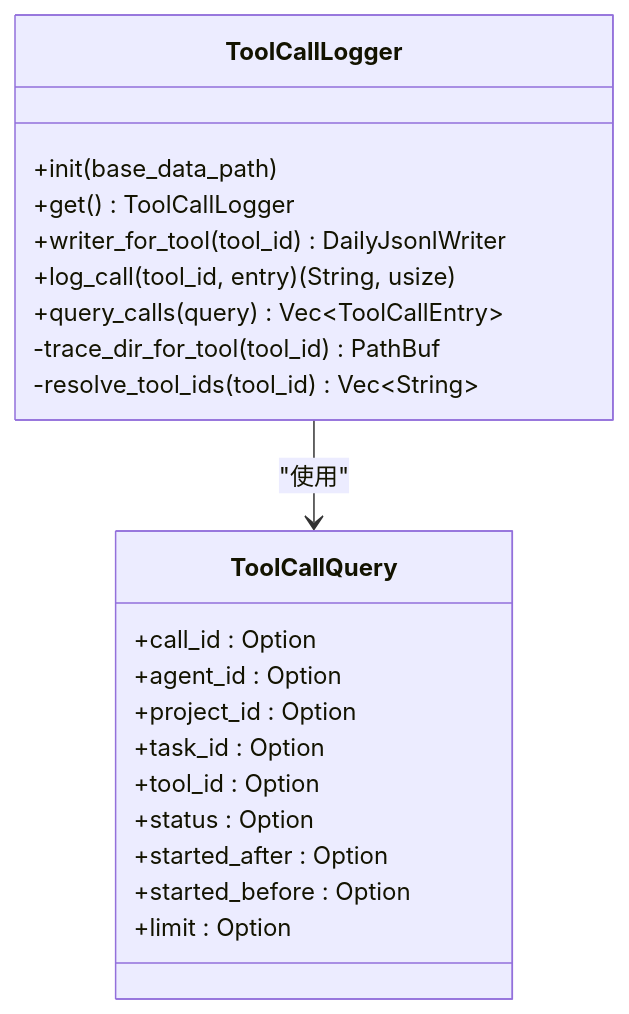
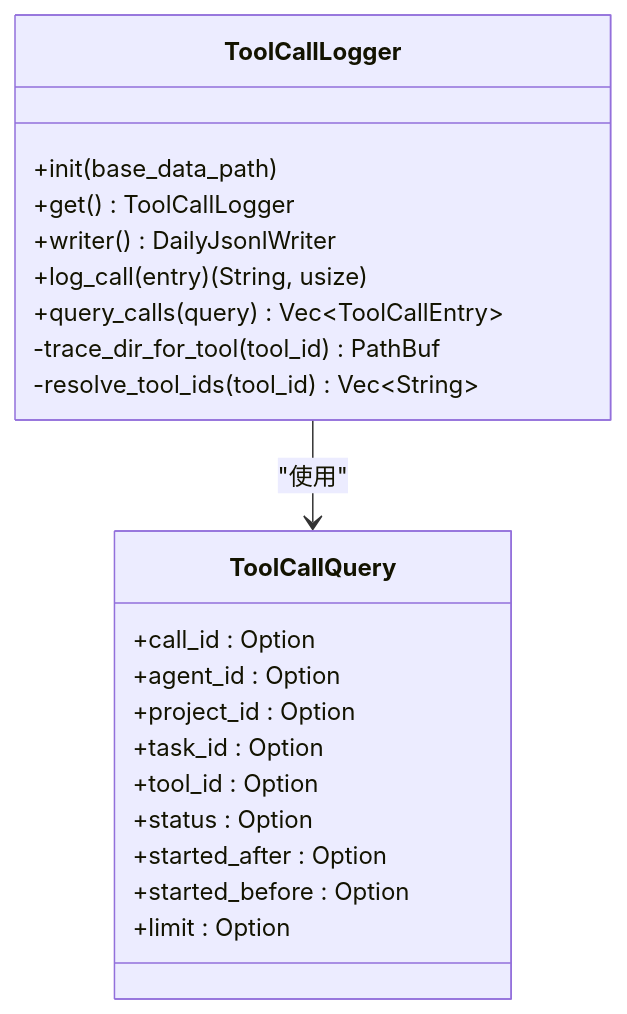
One commit to runningcoders/ai_orz changed the seventh of 8 diagrams in docs/wiki/zh/content/基础设施/工具注册表/工具安全控制.md. Above: the diagram before and after it, drawn with Mermaid. The commit also changed 6 other files, not shown here.

Commit message:
docs(wiki): 同步工具调用追踪与记忆写入现状 — call trace 路径改为 tools/call_trace/{YYYYMMDD}.jsonl，log_call/DailyJsonlWriter 签名与时序图更新（拉平 + 不数行 + append_batch），ToolCallLogger 不再按 tool_id 组织目录

````diff
--- a/docs/wiki/zh/content/基础设施/工具注册表/工具安全控制.md
+++ b/docs/wiki/zh/content/基础设施/工具注册表/工具安全控制.md
@@ -298,24 +298,24 @@
 ```mermaid
 classDiagram
 class ToolCallLogger {
 +init(base_data_path)
 +get() ToolCallLogger
-+writer_for_tool(tool_id) DailyJsonlWriter
-+log_call(tool_id, entry) (String, usize)
++writer() DailyJsonlWriter
++log_call(entry) (String, usize)
 +query_calls(query) Vec~ToolCallEntry~
 -trace_dir_for_tool(tool_id) PathBuf
 -resolve_tool_ids(tool_id) Vec~String~
 }
 class ToolCallQuery {
 +call_id : Option<String>
 +agent_id : Option<String>
 +project_id : Option<String>
 +task_id : Option<String>
 +tool_id : Option<String>
 +status : Option<ToolCallStatus>
 +started_after : Option<u64>
 +started_before : Option<u64>
 +limit : Option<usize>
 }
 ToolCallLogger --> ToolCallQuery : "使用"
 ```
````
